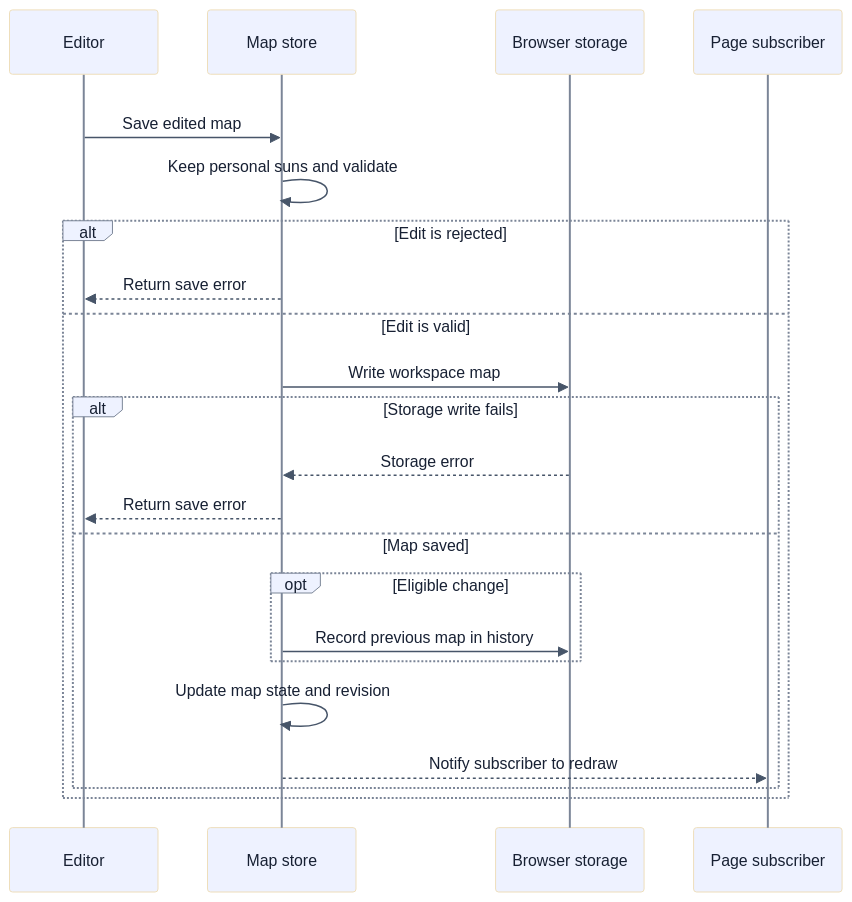
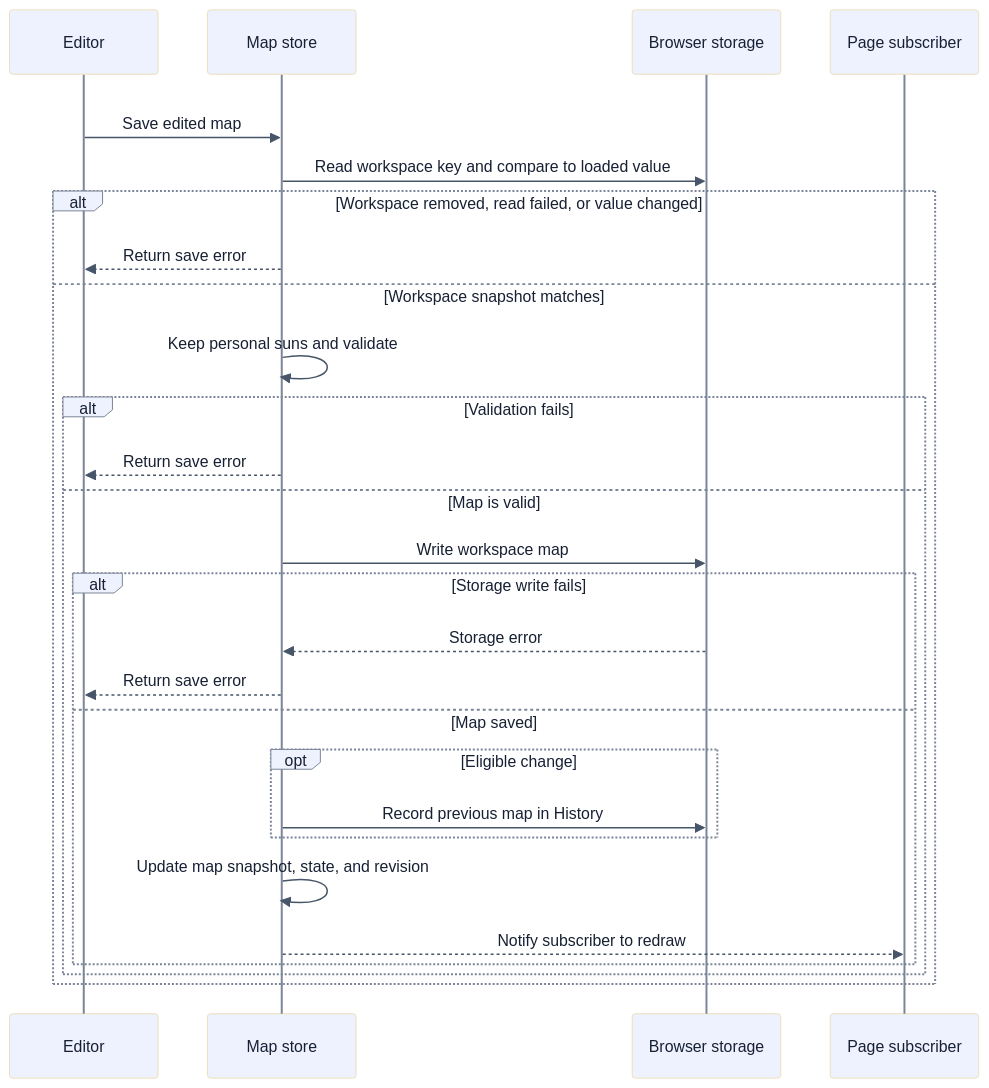
One commit to scufflegrits/orbit changed the fifth of 5 diagrams in docs/architecture.md. Above: the diagram before and after it, drawn with Mermaid. The commit also changed other lines of this file and 39 other files, not shown here.

````diff
--- a/docs/architecture.md
+++ b/docs/architecture.md
@@ -187,41 +188,46 @@
 ```mermaid
 ---
 config:
   # Use the native sequence renderer and a light message region.
   theme: base
   themeVariables:
     # Keep actor boxes opaque and lifelines visible.
     actorBkg: "#eef2ff"
     actorTextColor: "#172033"
     actorLineColor: "#7b8597"
     signalColor: "#475569"
     signalTextColor: "#172033"
     labelBoxBorderColor: "#7b8597"
 ---
 %% Show a normal editor save and the error return before publication.
 sequenceDiagram
   participant EDITOR as Editor
   participant STORE as Map store
   participant STORAGE as Browser storage
   participant PAGE as Page subscriber
 
   rect rgb(255, 255, 255)
     EDITOR->>STORE: Save edited map
-    STORE->>STORE: Keep personal suns and validate
-    alt Edit is rejected
+    STORE->>STORAGE: Read workspace key and compare to loaded value
+    alt Workspace removed, read failed, or value changed
       STORE-->>EDITOR: Return save error
-    else Edit is valid
-      STORE->>STORAGE: Write workspace map
-      alt Storage write fails
-        STORAGE-->>STORE: Storage error
+    else Workspace snapshot matches
+      STORE->>STORE: Keep personal suns and validate
+      alt Validation fails
         STORE-->>EDITOR: Return save error
-      else Map saved
-        opt Eligible change
-          STORE->>STORAGE: Record previous map in history
+      else Map is valid
+        STORE->>STORAGE: Write workspace map
+        alt Storage write fails
+          STORAGE-->>STORE: Storage error
+          STORE-->>EDITOR: Return save error
+        else Map saved
+          opt Eligible change
+            STORE->>STORAGE: Record previous map in History
+          end
+          STORE->>STORE: Update map snapshot, state, and revision
+          STORE-->>PAGE: Notify subscriber to redraw
         end
-        STORE->>STORE: Update map state and revision
-        STORE-->>PAGE: Notify subscriber to redraw
       end
     end
   end
 ```
````
